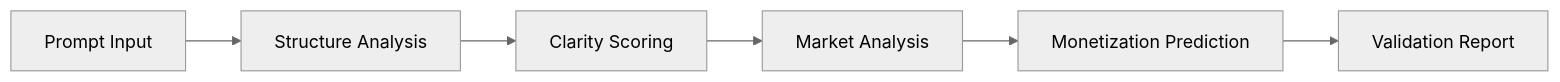
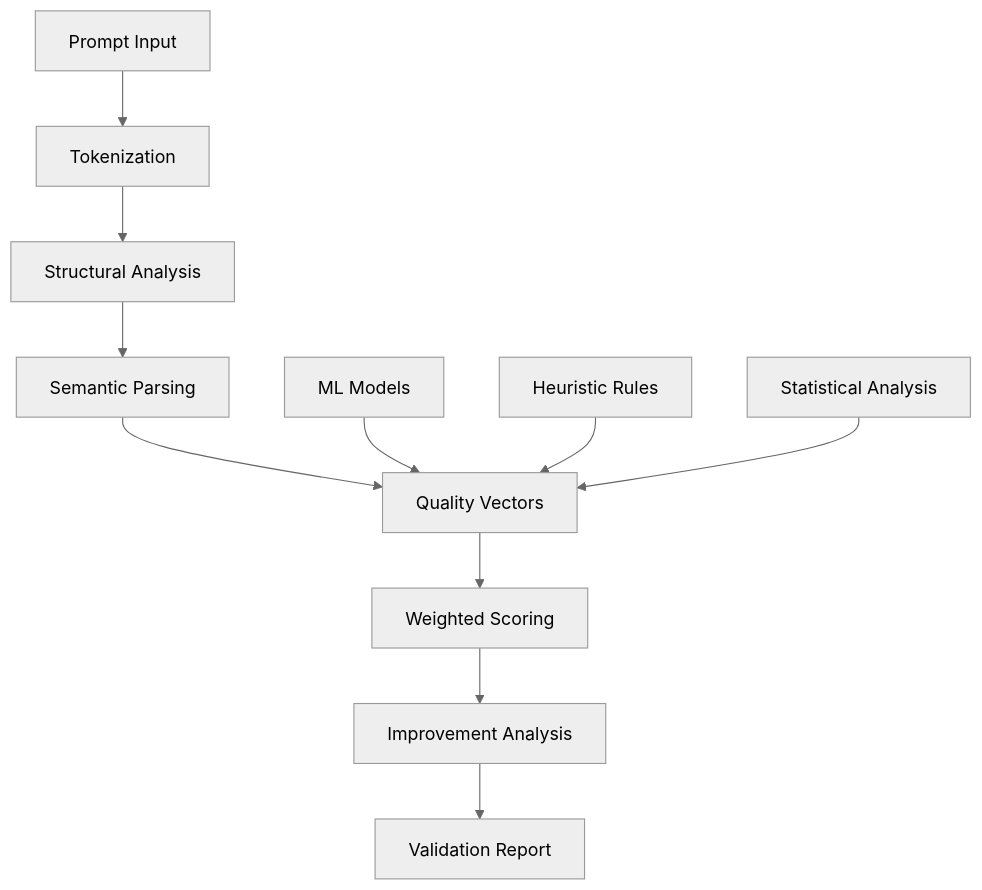
The diagram in README.md (Bcedeno/MonetizeMachine), drawn with Mermaid (neutral theme) before and after one commit. The commit also changed other lines of this file, not shown here.

````diff
--- a/README.md
+++ b/README.md
@@ -44,8 +49,14 @@
 ```mermaid
-graph LR
-    A[Prompt Input] --> B[Structure Analysis]
-    B --> C[Clarity Scoring]
-    C --> D[Market Analysis]
-    D --> E[Monetization Prediction]
-    E --> F[Validation Report]
+graph TD
+    A[Prompt Input] --> B[Tokenization]
+    B --> C[Structural Analysis]
+    C --> D[Semantic Parsing]
+    D --> E[Quality Vectors]
+    E --> F[Weighted Scoring]
+    F --> G[Improvement Analysis]
+    G --> H[Validation Report]
+    
+    I[ML Models] --> E
+    J[Heuristic Rules] --> E
+    K[Statistical Analysis] --> E
 ```
````
